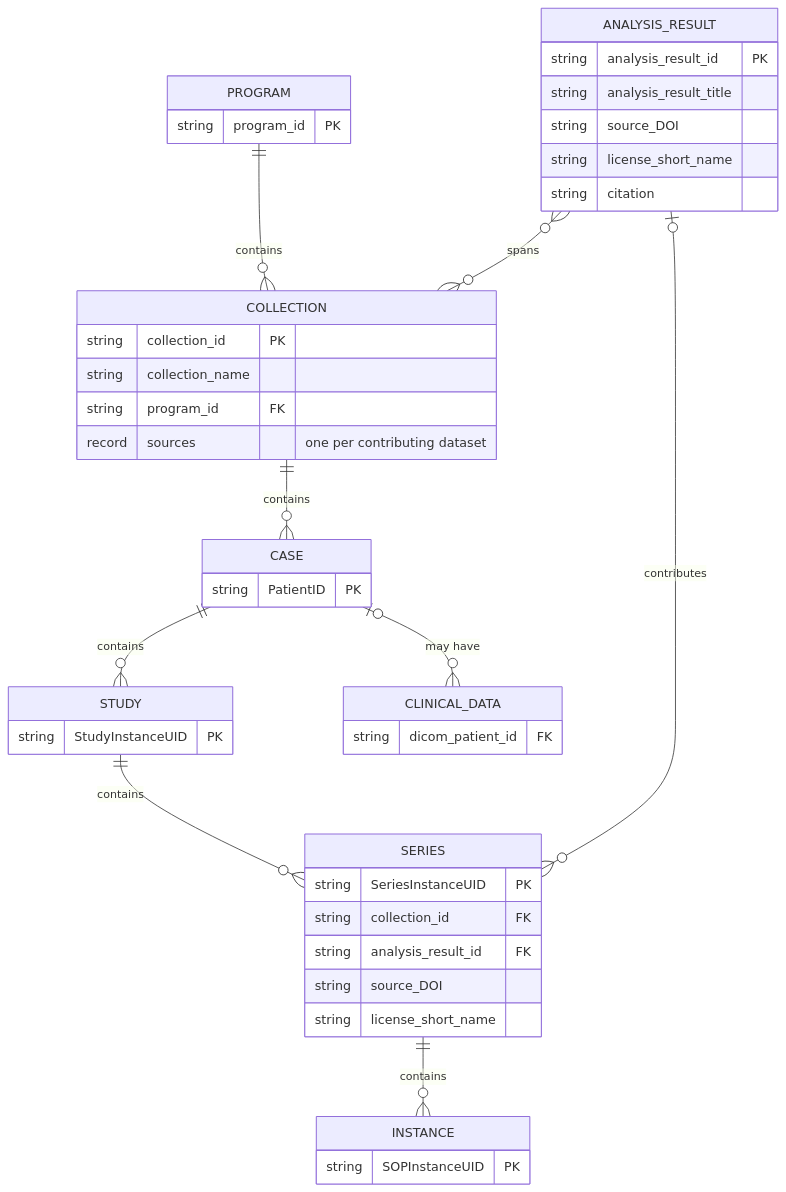
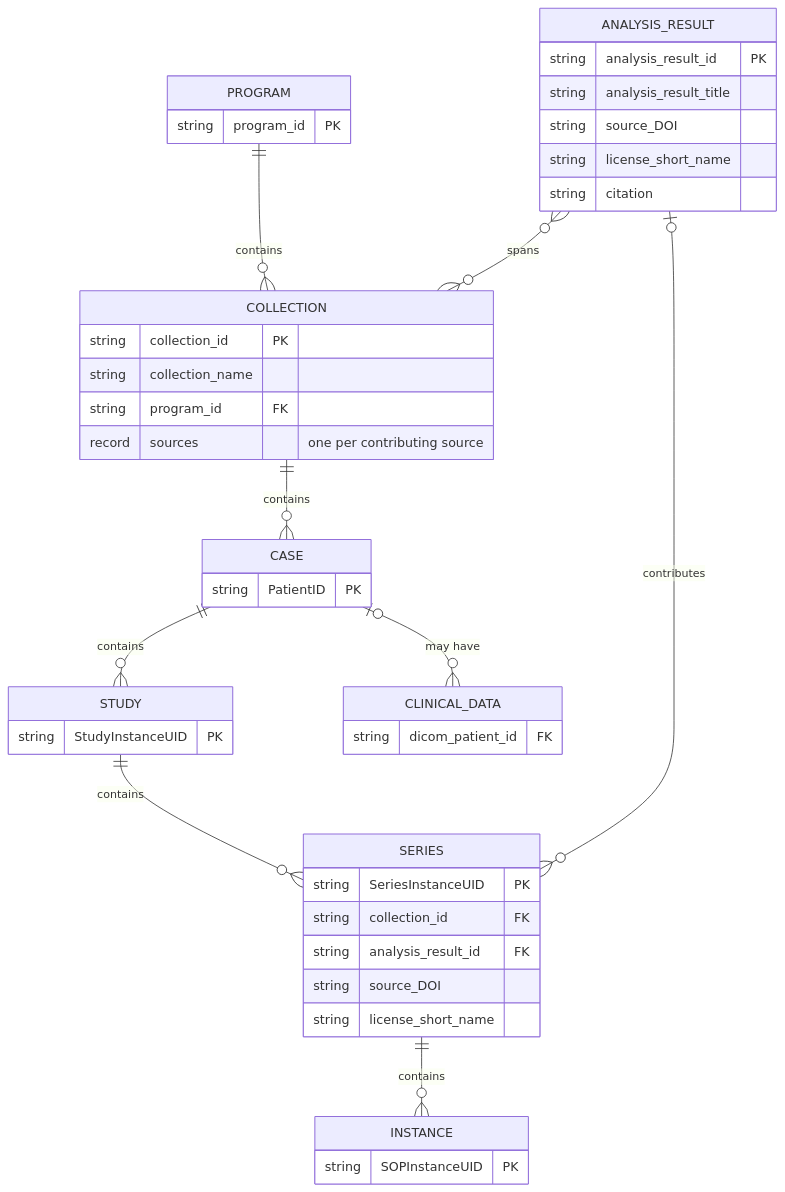
The diagram in data/data-model.md (ImagingDataCommons/IDC-Docs), drawn with Mermaid before and after one commit. The commit also changed other lines of this file and 1 other file, not shown here.

First line of the commit message:
Use IDC's own nomenclature: contributing "sources", not "datasets"

````diff
--- a/data/data-model.md
+++ b/data/data-model.md
@@ -5,48 +5,48 @@
 ```mermaid
 erDiagram
     PROGRAM ||--o{ COLLECTION : contains
     COLLECTION ||--o{ CASE : contains
     CASE ||--o{ STUDY : contains
     STUDY ||--o{ SERIES : contains
     SERIES ||--o{ INSTANCE : contains
     ANALYSIS_RESULT |o--o{ SERIES : contributes
     ANALYSIS_RESULT }o--o{ COLLECTION : spans
     CASE |o--o{ CLINICAL_DATA : "may have"
 
     PROGRAM {
         string program_id PK
     }
 
     COLLECTION {
         string collection_id PK
         string collection_name
         string program_id FK
-        record sources "one per contributing dataset"
+        record sources "one per contributing source"
     }
     CASE {
         string PatientID PK
     }
     STUDY {
         string StudyInstanceUID PK
     }
     SERIES {
         string SeriesInstanceUID PK
         string collection_id FK
         string analysis_result_id FK
         string source_DOI
         string license_short_name
     }
     INSTANCE {
         string SOPInstanceUID PK
     }
     ANALYSIS_RESULT {
         string analysis_result_id PK
         string analysis_result_title
         string source_DOI
         string license_short_name
         string citation
     }
     CLINICAL_DATA {
         string dicom_patient_id FK
     }
 ```
````
